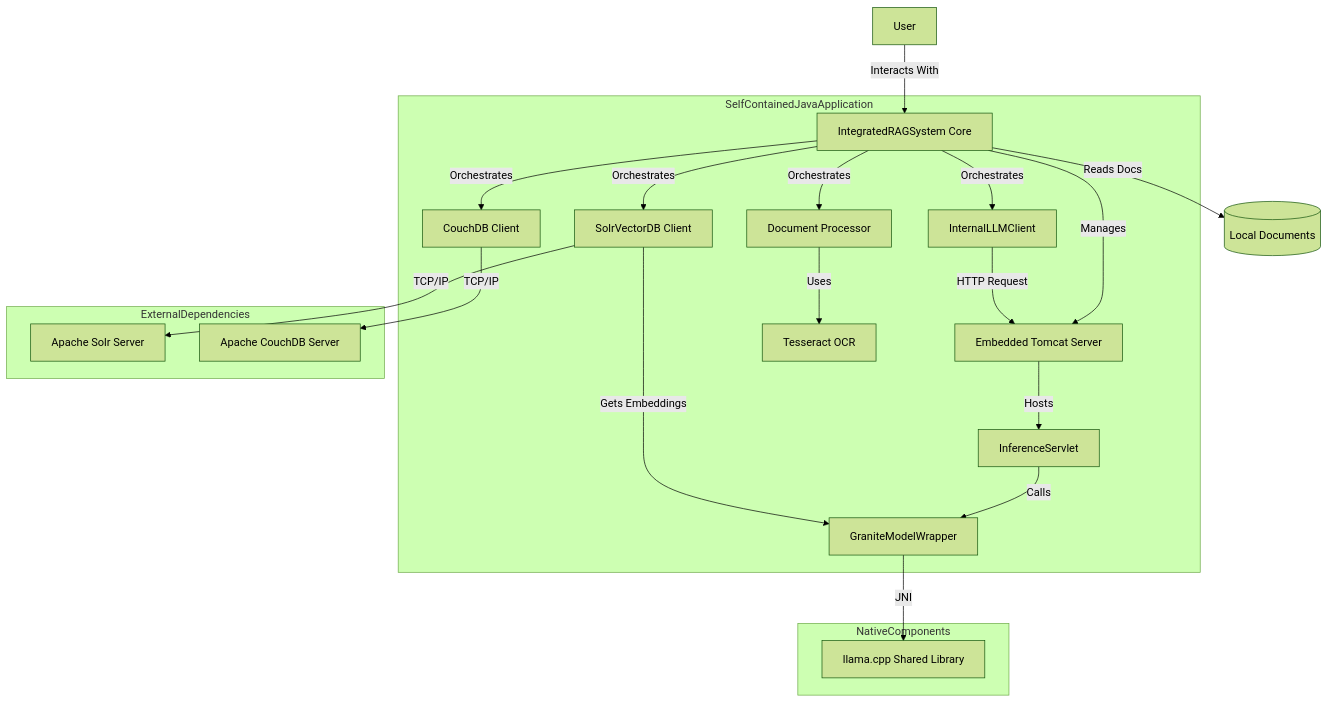
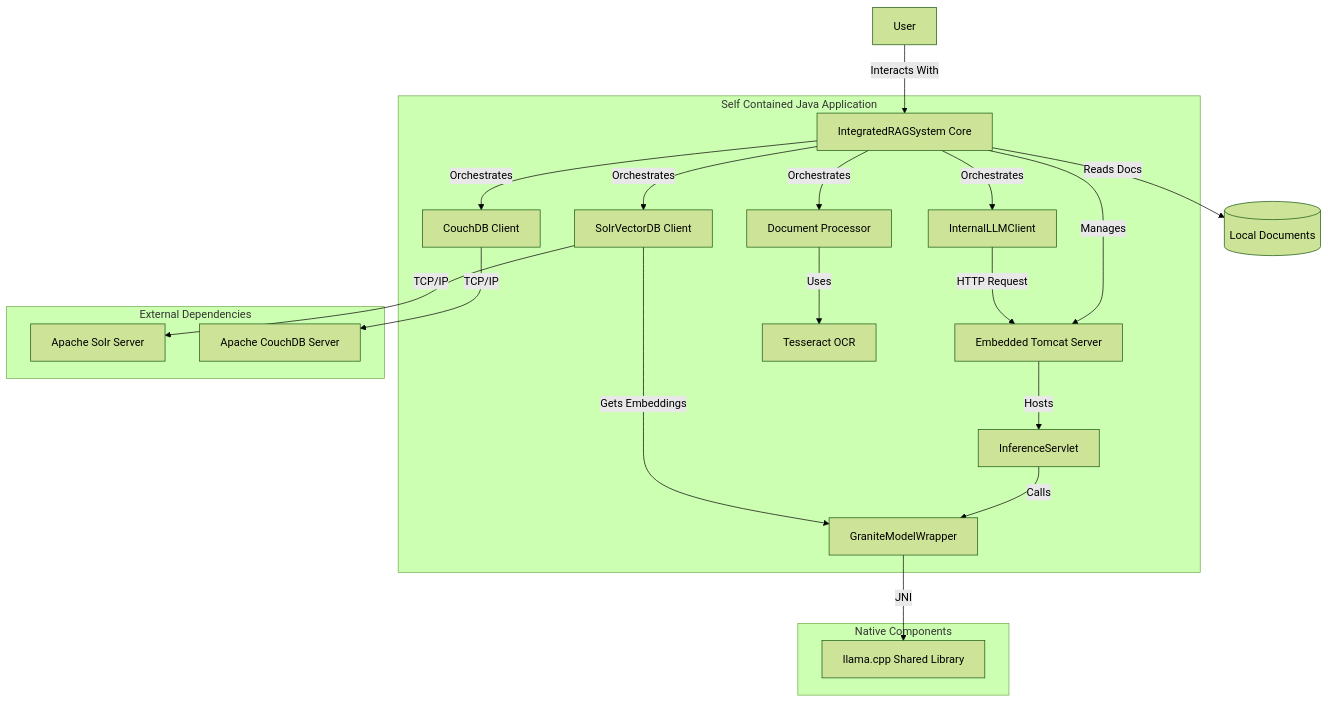
One commit to mrhunsaker/Granite_NotebookLM changed the first of 2 diagrams in README.md. Above: the diagram before and after it, drawn with Mermaid (forest theme).

````diff
--- a/README.md
+++ b/README.md
@@ -32,38 +32,38 @@
 ```mermaid
 graph TD
-    subgraph SelfContainedJavaApplication
+    subgraph Self Contained Java Application
         A[IntegratedRAGSystem Core]
         B[Embedded Tomcat Server]
         C[InferenceServlet]
         D[GraniteModelWrapper]
         E[InternalLLMClient]
         F[SolrVectorDB Client]
         G[CouchDB Client]
         H[Document Processor]
 
         A -->|Manages| B
         A -->|Orchestrates| F & G & H & E
         E -->|HTTP Request| B
         B -->|Hosts| C
         C -->|Calls| D
         F -->|Gets Embeddings| D
         H -->|Uses| TESS[Tesseract OCR]
     end
 
-    subgraph ExternalDependencies
+    subgraph External Dependencies
         SOLR[Apache Solr Server]
         COUCH[Apache CouchDB Server]
     end
 
-    subgraph NativeComponents
+    subgraph Native Components
         LLAMACPP[llama.cpp Shared Library]
         TESS[Tesseract OCR]
     end
 
     D -->|JNI| LLAMACPP
     F -->|TCP/IP| SOLR
     G -->|TCP/IP| COUCH
 
     USER[User] -->|Interacts With| A
     A -->|Reads Docs| FILES[(Local Documents)]
 ```
````
